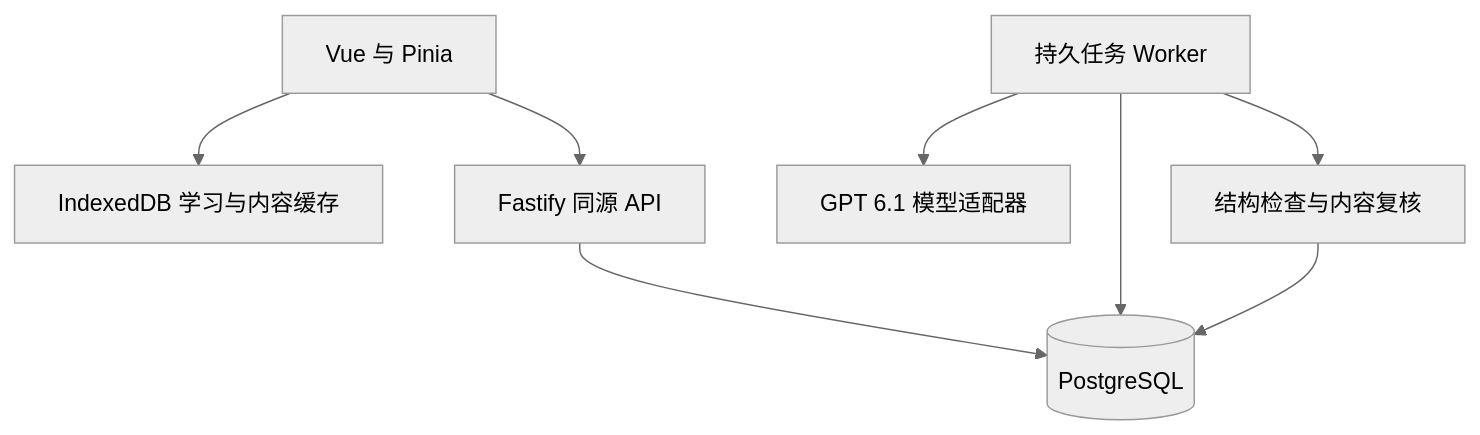
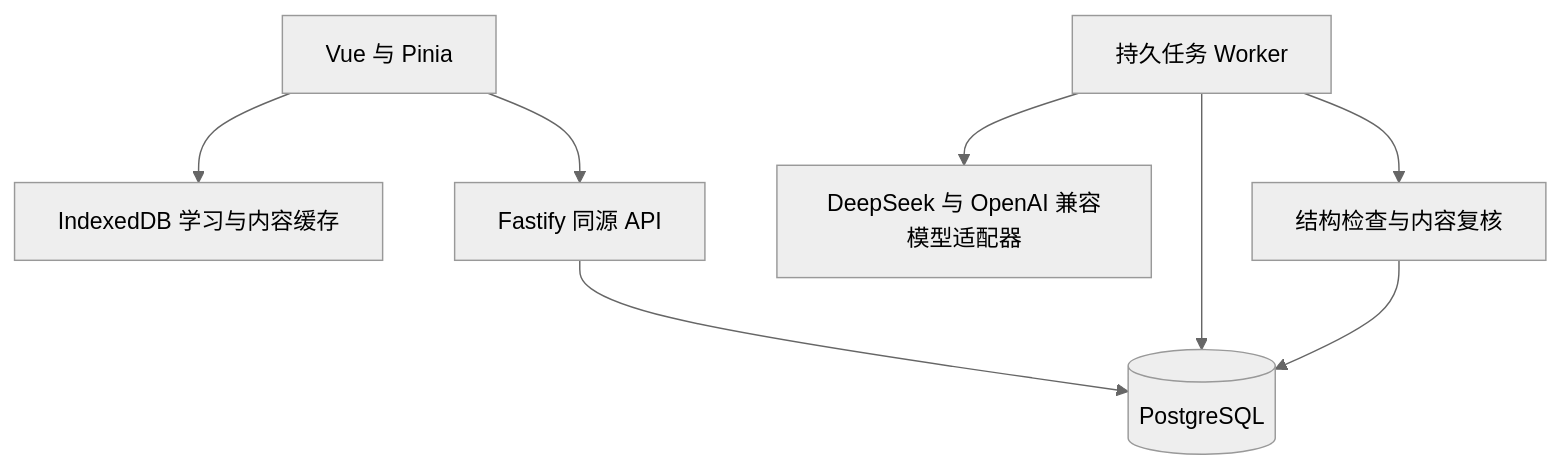
One commit to ztbytd/quiz-game changed the diagram in docs/architecture.md. Above: the diagram before and after it, drawn with Mermaid (neutral theme). The commit also changed 8 other files, not shown here.

Commit message:
feat: switch AI provider to DeepSeek

````diff
--- a/docs/architecture.md
+++ b/docs/architecture.md
@@ -9,10 +9,10 @@
 ```mermaid
 flowchart TB
   UI[Vue 与 Pinia] --> Local[IndexedDB 学习与内容缓存]
   UI --> API[Fastify 同源 API]
   API --> PG[(PostgreSQL)]
   Worker[持久任务 Worker] --> PG
-  Worker --> Provider[GPT 6.1 模型适配器]
+  Worker --> Provider[DeepSeek 与 OpenAI 兼容模型适配器]
   Worker --> Check[结构检查与内容复核]
   Check --> PG
 ```
````
